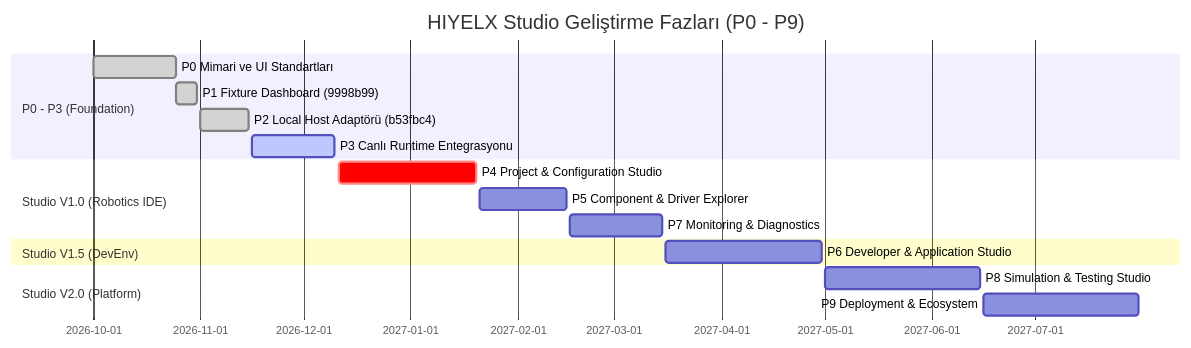
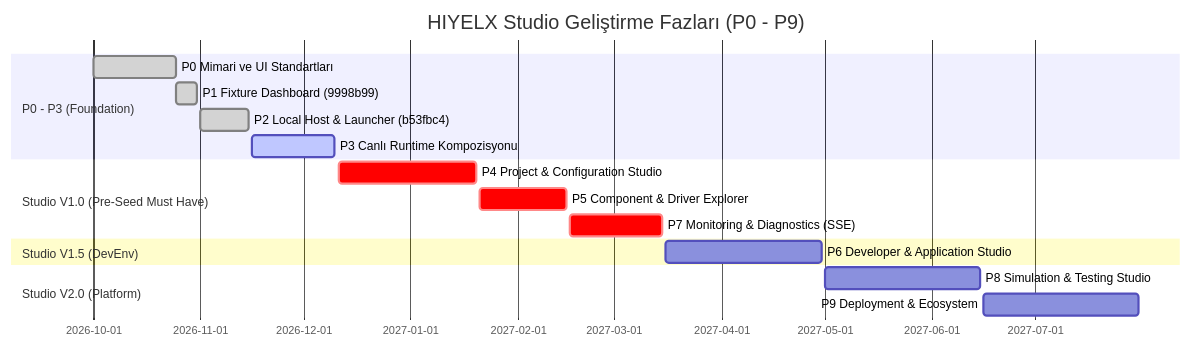
The third of 3 diagrams in docs/plans/STUDIO_ROADMAP.md (ulasusakli/hiyelx), drawn with Mermaid before and after one commit. The commit also changed other lines of this file and 4 other files, not shown here.

Commit message:
docs(studio): sync ADR 0002 v1.1, spec, roadmap, and add P3/P4 technical designs

````diff
--- a/docs/plans/STUDIO_ROADMAP.md
+++ b/docs/plans/STUDIO_ROADMAP.md
@@ -252,19 +235,19 @@
 ```mermaid
 gantt
     title HIYELX Studio Geliştirme Fazları (P0 - P9)
     dateFormat  YYYY-MM-DD
     section P0 - P3 (Foundation)
-    P0 Mimari ve UI Standartları         :done,    p0, 2026-10-01, 2026-10-25
+    P0 Mimari ve UI Standartları          :done,    p0, 2026-10-01, 2026-10-25
     P1 Fixture Dashboard (9998b99)        :done,    p1, 2026-10-25, 2026-10-31
-    P2 Local Host Adaptörü (b53fbc4)      :done,    p2, 2026-11-01, 2026-11-15
-    P3 Canlı Runtime Entegrasyonu         :active,  p3, 2026-11-16, 2026-12-10
-    section Studio V1.0 (Robotics IDE)
+    P2 Local Host & Launcher (b53fbc4)    :done,    p2, 2026-11-01, 2026-11-15
+    P3 Canlı Runtime Kompozisyonu         :active,  p3, 2026-11-16, 2026-12-10
+    section Studio V1.0 (Pre-Seed Must Have)
     P4 Project & Configuration Studio     :crit,    p4, 2026-12-11, 2027-01-20
-    P5 Component & Driver Explorer        :         p5, 2027-01-21, 2027-02-15
-    P7 Monitoring & Diagnostics           :         p7, 2027-02-16, 2027-03-15
+    P5 Component & Driver Explorer        :crit,    p5, 2027-01-21, 2027-02-15
+    P7 Monitoring & Diagnostics (SSE)     :crit,    p7, 2027-02-16, 2027-03-15
     section Studio V1.5 (DevEnv)
     P6 Developer & Application Studio     :         p6, 2027-03-16, 2027-04-30
     section Studio V2.0 (Platform)
     P8 Simulation & Testing Studio        :         p8, 2027-05-01, 2027-06-15
     P9 Deployment & Ecosystem             :         p9, 2027-06-16, 2027-07-31
 ```
````
